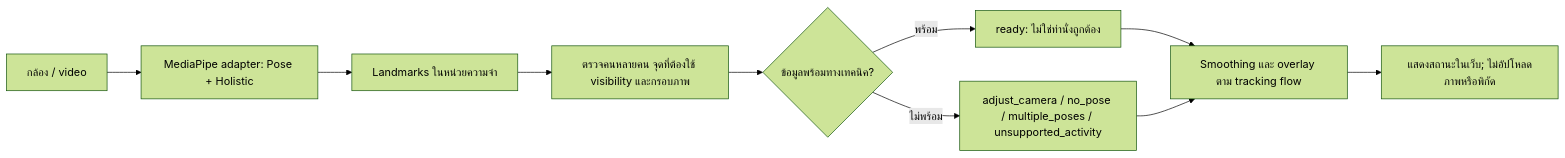
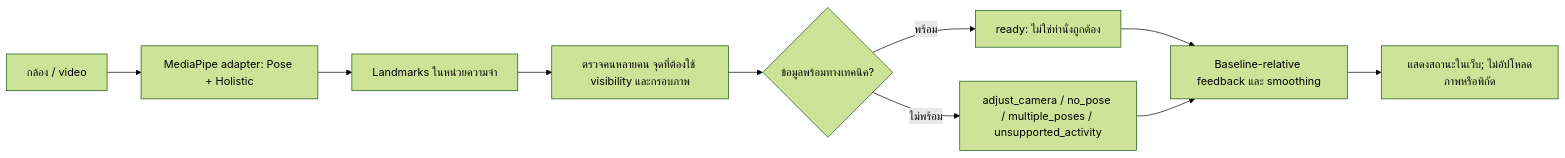
One commit to err0r4o4-dev/kineguide-ai changed the second of 3 diagrams in TODO.md. Above: the diagram before and after it, drawn with Mermaid (forest theme). The commit also changed other lines of this file and 28 other files, not shown here.

````diff
--- a/TODO.md
+++ b/TODO.md
@@ -108,12 +114,12 @@
 ```mermaid
 flowchart LR
     A["กล้อง / video"] --> B["MediaPipe adapter: Pose + Holistic"]
     B --> C["Landmarks ในหน่วยความจำ"]
     C --> D["ตรวจคนหลายคน จุดที่ต้องใช้ visibility และกรอบภาพ"]
     D --> E{"ข้อมูลพร้อมทางเทคนิค?"}
     E -->|พร้อม| F["ready: ไม่ใช่ท่านั่งถูกต้อง"]
     E -->|ไม่พร้อม| G["adjust_camera / no_pose / multiple_poses / unsupported_activity"]
-    F --> H["Smoothing และ overlay ตาม tracking flow"]
+    F --> H["Baseline-relative feedback และ smoothing"]
     G --> H
     H --> I["แสดงสถานะในเว็บ; ไม่อัปโหลดภาพหรือพิกัด"]
 ```
````
